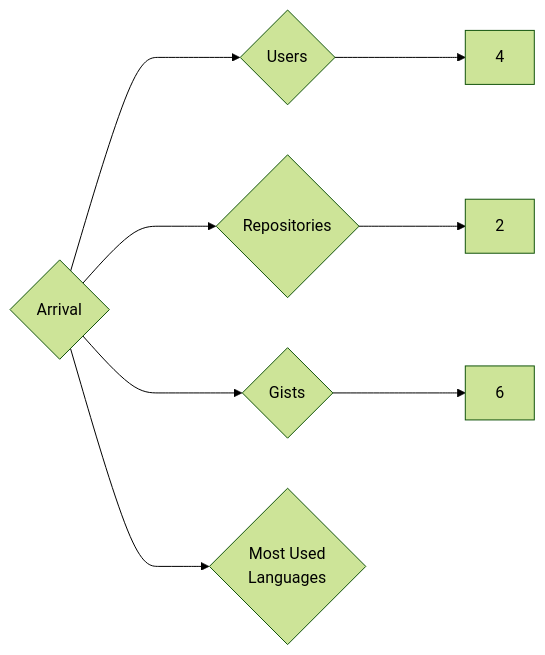
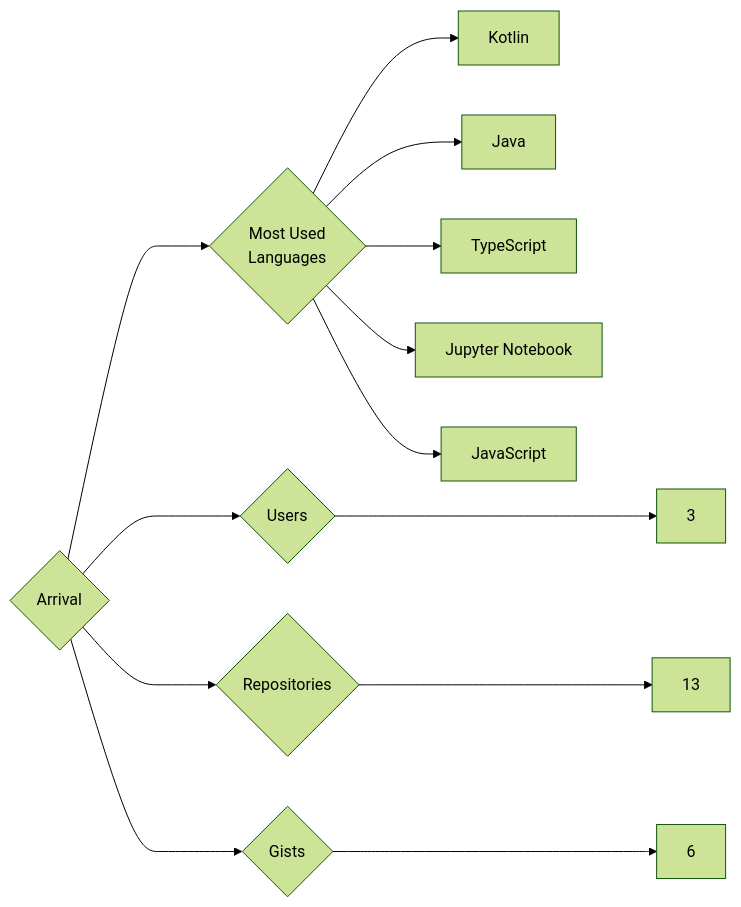
Before and after one commit to trickest/insiders: the diagram in targets/Arrival/README.md, drawn with Mermaid (forest theme). The commit also changed 815 other files, not shown here.

````diff
--- a/targets/Arrival/README.md
+++ b/targets/Arrival/README.md
@@ -3,8 +3,13 @@
 ```mermaid
 graph LR
 COMPANY_NAME{Arrival}
-COMPANY_NAME ---> U{Users} ---> UN[4]
-COMPANY_NAME ---> R{Repositories} ---> RN[2]
+COMPANY_NAME ---> U{Users} ---> UN[3]
+COMPANY_NAME ---> R{Repositories} ---> RN[13]
 COMPANY_NAME ---> G{Gists} ---> GN[6]
 COMPANY_NAME ---> ML{Most Used<br>Languages}
+ML --> Kotlin[Kotlin]
+ML --> Java[Java]
+ML --> TypeScript[TypeScript]
+ML --> Jupyter_Notebook[Jupyter Notebook]
+ML --> JavaScript[JavaScript]
 ```
````
